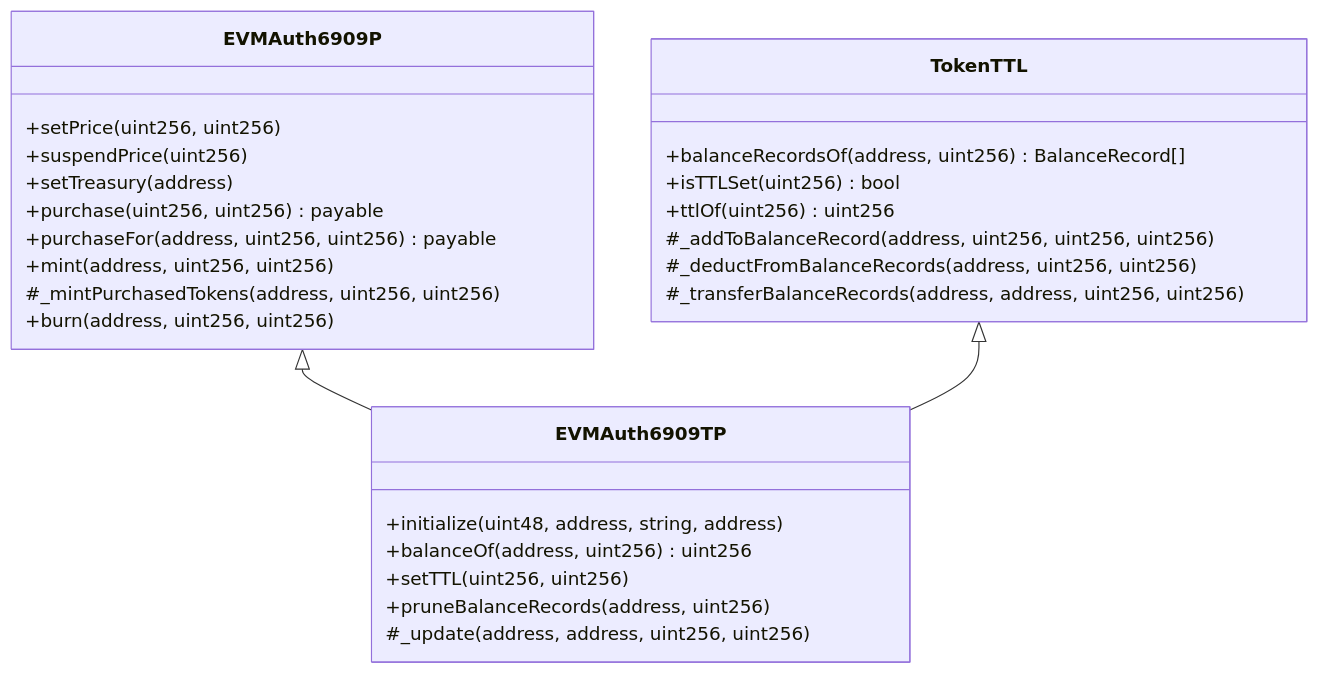
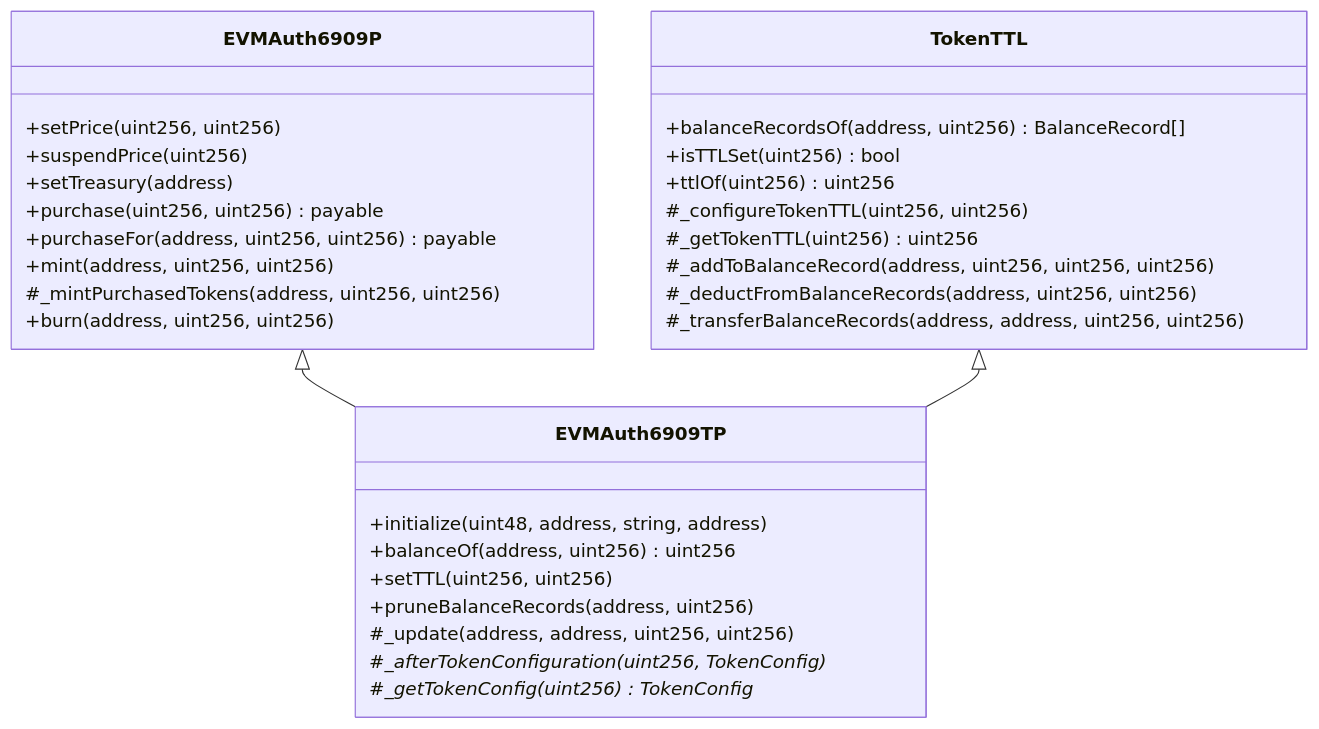
One commit to glanzz/evmauth-core changed diagram 17 of 18 in src/README.md. Above: the diagram before and after it, drawn with Mermaid. The commit also changed other lines of this file and 9 other files, not shown here.

Commit message:
feat: unified token configuration

````diff
--- a/src/README.md
+++ b/src/README.md
@@ -797,31 +887,35 @@
 ```mermaid
 classDiagram
     class EVMAuth6909P{
         +setPrice(uint256, uint256)
         +suspendPrice(uint256)
         +setTreasury(address)
         +purchase(uint256, uint256) payable
         +purchaseFor(address, uint256, uint256) payable
         +mint(address, uint256, uint256)
         #_mintPurchasedTokens(address, uint256, uint256)
         +burn(address, uint256, uint256)
     }
     class TokenTTL{
         +balanceRecordsOf(address, uint256) BalanceRecord[]
         +isTTLSet(uint256) bool
         +ttlOf(uint256) uint256
+        #_configureTokenTTL(uint256, uint256)
+        #_getTokenTTL(uint256) uint256
         #_addToBalanceRecord(address, uint256, uint256, uint256)
         #_deductFromBalanceRecords(address, uint256, uint256)
         #_transferBalanceRecords(address, address, uint256, uint256)
     }
     class EVMAuth6909TP{
         +initialize(uint48, address, string, address)
         +balanceOf(address, uint256) uint256
         +setTTL(uint256, uint256)
         +pruneBalanceRecords(address, uint256)
         #_update(address, address, uint256, uint256)
+        #_afterTokenConfiguration(uint256, TokenConfig)*
+        #_getTokenConfig(uint256) TokenConfig*
     }
     
     EVMAuth6909P <|-- EVMAuth6909TP
     TokenTTL <|-- EVMAuth6909TP
 ```
````
